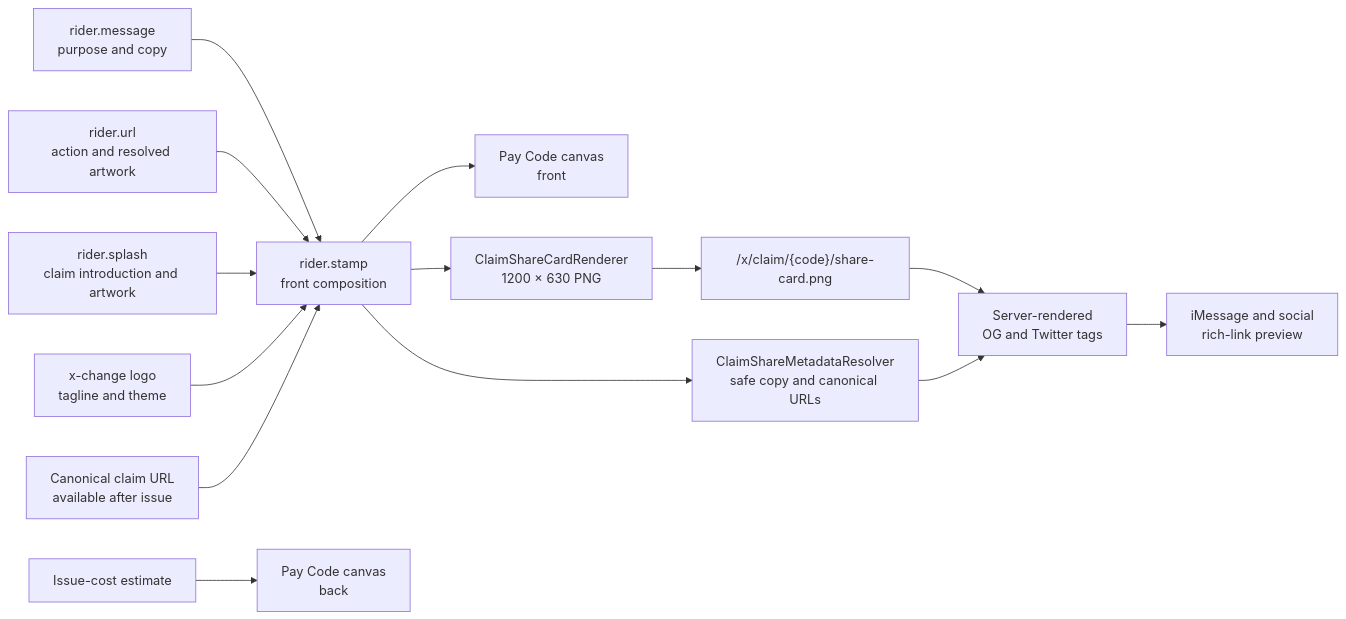
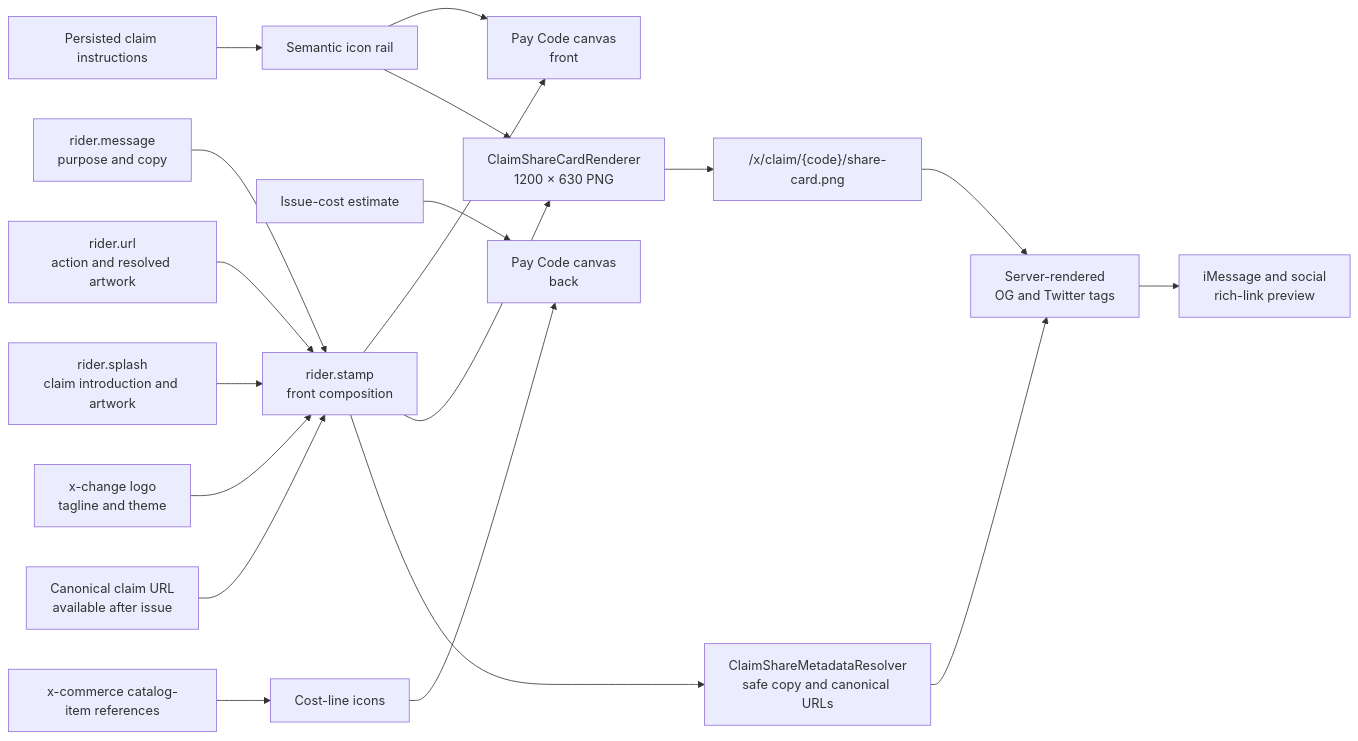
One commit to 3neti/x-change changed the diagram in docs/ui-cockpit/CREATE_PAY_CODE_UI_UX.md. Above: the diagram before and after it, drawn with Mermaid. The commit also changed other lines of this file and 1 other file, not shown here.

````diff
--- a/docs/ui-cockpit/CREATE_PAY_CODE_UI_UX.md
+++ b/docs/ui-cockpit/CREATE_PAY_CODE_UI_UX.md
@@ -51,16 +86,21 @@
 ```mermaid
 flowchart LR
     Message["rider.message<br/>purpose and copy"] --> Stamp["rider.stamp<br/>front composition"]
     Url["rider.url<br/>action and resolved artwork"] --> Stamp
     Splash["rider.splash<br/>claim introduction and artwork"] --> Stamp
     Brand["x-change logo<br/>tagline and theme"] --> Stamp
     Claim["Canonical claim URL<br/>available after issue"] --> Stamp
     Stamp --> Front["Pay Code canvas<br/>front"]
     Stamp --> Card["ClaimShareCardRenderer<br/>1200 × 630 PNG"]
     Stamp --> Share["ClaimShareMetadataResolver<br/>safe copy and canonical URLs"]
     Card --> Image["/x/claim/{code}/share-card.png"]
     Image --> Head["Server-rendered<br/>OG and Twitter tags"]
     Share --> Head
     Head --> RichLink["iMessage and social<br/>rich-link preview"]
     Pricing["Issue-cost estimate"] --> Back["Pay Code canvas<br/>back"]
+    Instructions["Persisted claim instructions"] --> Icons["Semantic icon rail"]
+    Icons --> Front
+    Icons --> Card
+    Catalog["x-commerce catalog-item references"] --> CostIcons["Cost-line icons"]
+    CostIcons --> Back
 ```
````
